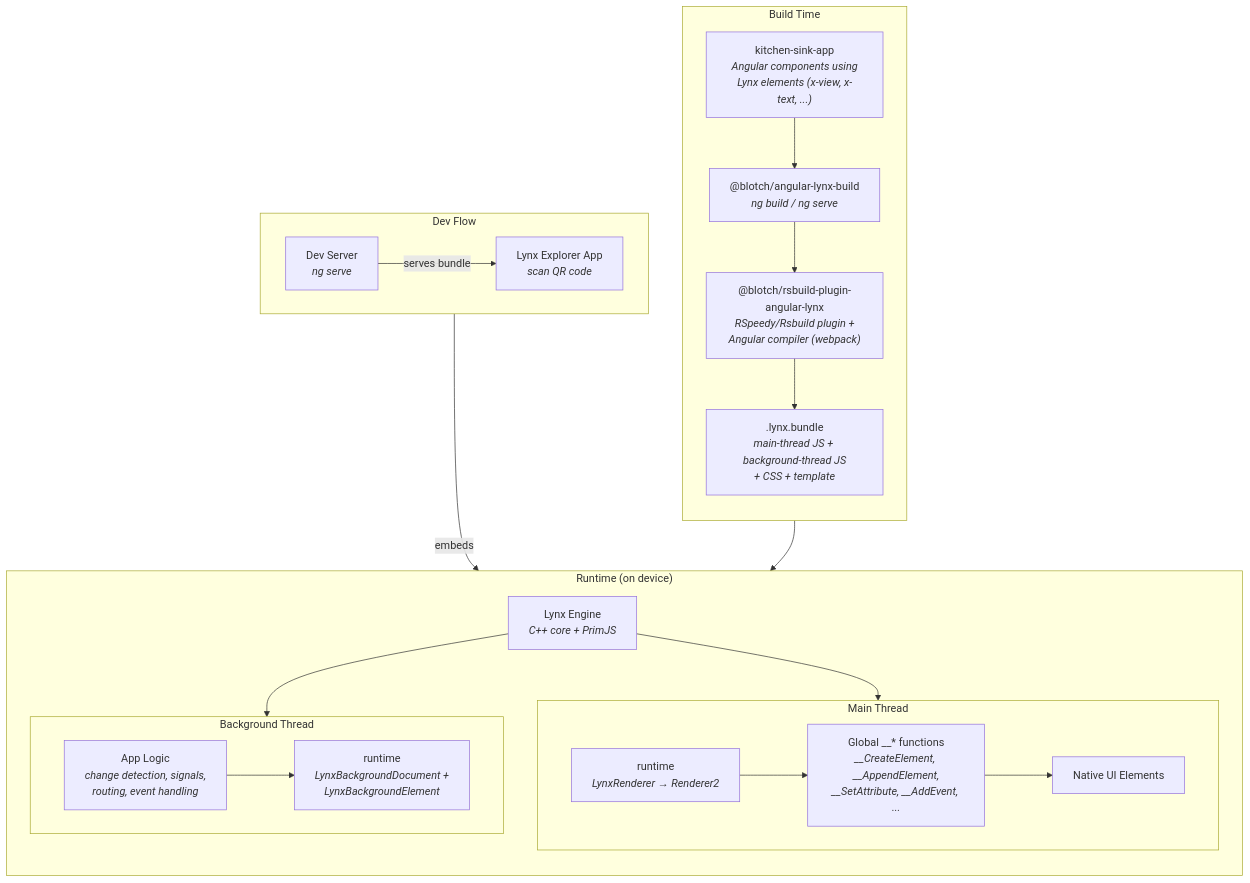
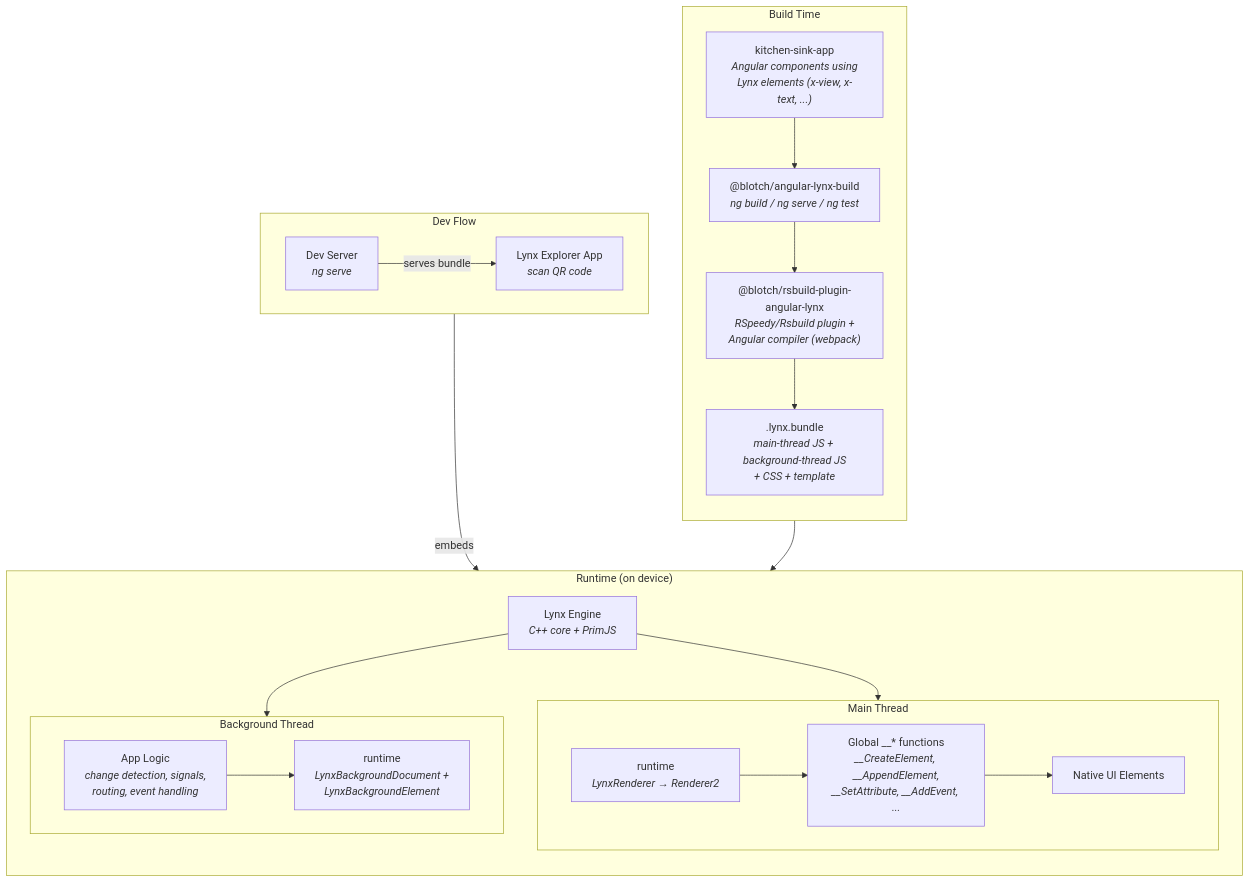
The diagram in README.md (Blotch-Smart-Frames/AngularLynx), drawn with Mermaid before and after one commit. The commit also changed other lines of this file and 298 other files, not shown here.

First line of the commit message:
feat: Make an AngularLynx app work like any Angular CLI app (#25)

````diff
--- a/README.md
+++ b/README.md
@@ -44,47 +44,47 @@
 ```mermaid
 graph TB
     subgraph build ["Build Time"]
         direction TB
         src["kitchen-sink-app<br/><i>Angular components using<br/>Lynx elements (x-view, x-text, ...)</i>"]
-        builder["@blotch/angular-lynx-build<br/><i>ng build / ng serve</i>"]
+        builder["@blotch/angular-lynx-build<br/><i>ng build / ng serve / ng test</i>"]
         plugin["@blotch/rsbuild-plugin-angular-lynx<br/><i>RSpeedy/Rsbuild plugin +<br/>Angular compiler (webpack)</i>"]
         bundle[".lynx.bundle<br/><i>main-thread JS + background-thread JS<br/>+ CSS + template</i>"]
 
         src --> builder --> plugin --> bundle
     end
 
     subgraph device ["Runtime (on device)"]
         direction TB
         engine["Lynx Engine<br/><i>C++ core + PrimJS</i>"]
 
         subgraph main ["Main Thread"]
             renderer["runtime<br/><i>LynxRenderer → Renderer2</i>"]
             globals["Global __* functions<br/><i>__CreateElement, __AppendElement,<br/>__SetAttribute, __AddEvent, ...</i>"]
             native["Native UI Elements"]
 
             renderer --> globals --> native
         end
 
         subgraph bg ["Background Thread"]
             bg_runtime["runtime<br/><i>LynxBackgroundDocument +<br/>LynxBackgroundElement</i>"]
             app_logic["App Logic<br/><i>change detection, signals,<br/>routing, event handling</i>"]
 
             app_logic --> bg_runtime
         end
 
         engine --> main
         engine --> bg
     end
 
     bundle --> engine
 
     subgraph dev ["Dev Flow"]
         direction LR
         dev_server["Dev Server<br/><i>ng serve</i>"]
         explorer["Lynx Explorer App<br/><i>scan QR code</i>"]
 
         dev_server -- "serves bundle" --> explorer
     end
 
     explorer -- "embeds" --> engine
 ```
````
